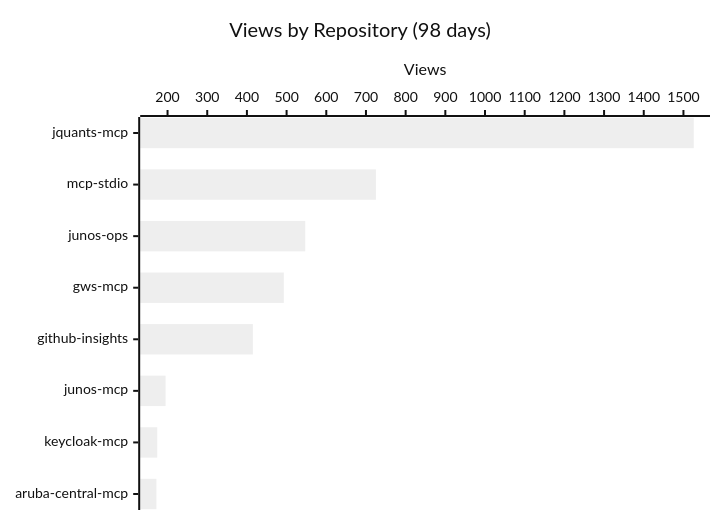
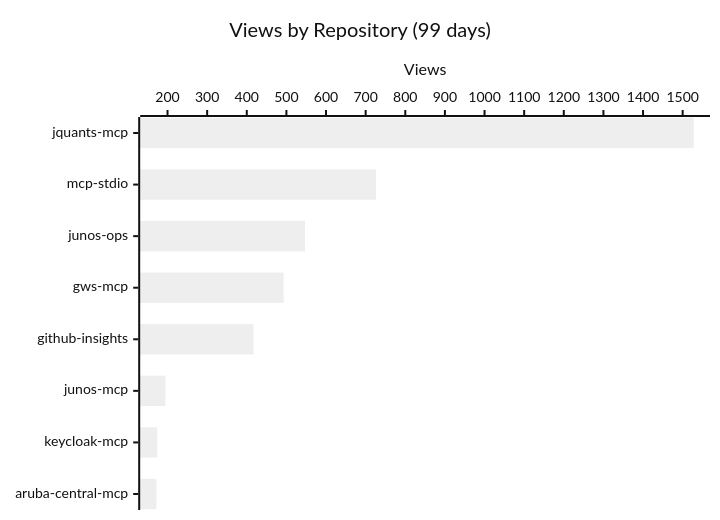
Before and after one commit to shigechika/github-insights: the first of 3 diagrams in README.md, drawn with Mermaid (neutral theme). The commit also changed other lines of this file and 2 other files, not shown here.

````diff
--- a/README.md
+++ b/README.md
@@ -18,7 +18,7 @@
 ```mermaid
 xychart-beta horizontal
-    title "Views by Repository (98 days)"
+    title "Views by Repository (99 days)"
     x-axis ["jquants-mcp", "mcp-stdio", "junos-ops", "gws-mcp", "github-insights", "junos-mcp", "keycloak-mcp", "aruba-central-mcp"]
     y-axis "Views"
-    bar [1526, 725, 547, 493, 415, 195, 174, 172]
+    bar [1528, 726, 547, 493, 417, 195, 174, 172]
 ```
````
